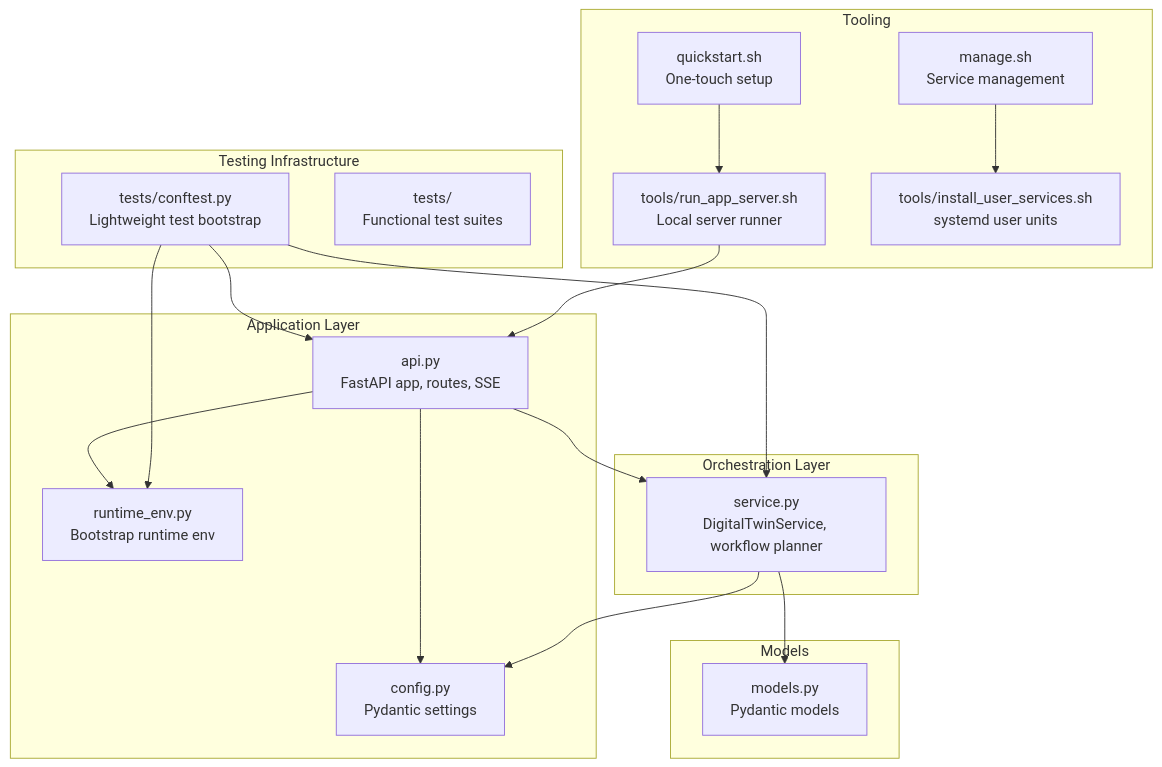
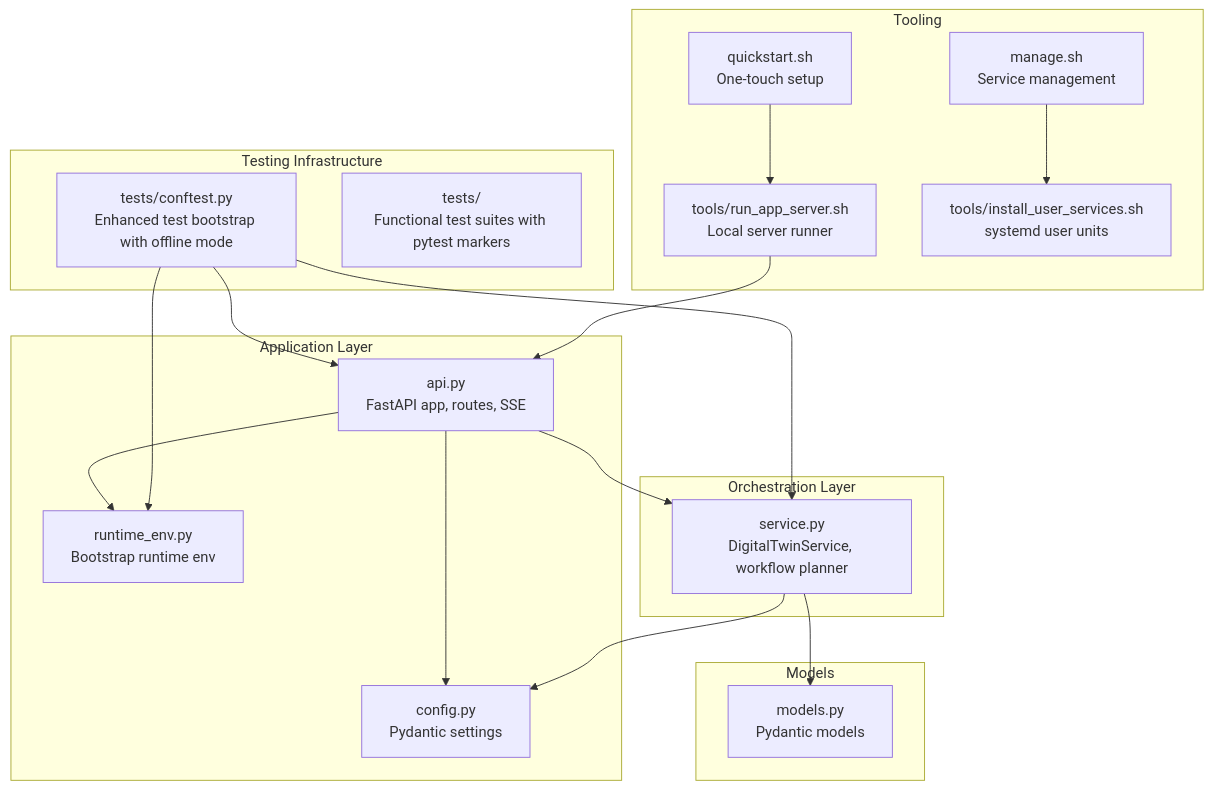
One commit to intellistream/sage-mate changed the first of 7 diagrams in .qoder/repowiki/en/content/Development Guide.md. Above: the diagram before and after it, drawn with Mermaid. The commit also changed other lines of this file and 53 other files, not shown here.

````diff
--- a/.qoder/repowiki/en/content/Development Guide.md
+++ b/.qoder/repowiki/en/content/Development Guide.md
@@ -58,35 +63,35 @@
 ```mermaid
 graph TB
 subgraph "Application Layer"
 API["api.py<br/>FastAPI app, routes, SSE"]
 CFG["config.py<br/>Pydantic settings"]
 RTENV["runtime_env.py<br/>Bootstrap runtime env"]
 end
 subgraph "Orchestration Layer"
 SVC["service.py<br/>DigitalTwinService, workflow planner"]
 end
 subgraph "Models"
 MODELS["models.py<br/>Pydantic models"]
 end
 subgraph "Testing Infrastructure"
-CONFTEST["tests/conftest.py<br/>Lightweight test bootstrap"]
-TESTS["tests/<br/>Functional test suites"]
+CONFTEST["tests/conftest.py<br/>Enhanced test bootstrap with offline mode"]
+TESTS["tests/<br/>Functional test suites with pytest markers"]
 end
 subgraph "Tooling"
 QS["quickstart.sh<br/>One-touch setup"]
 RUN["tools/run_app_server.sh<br/>Local server runner"]
 MAN["manage.sh<br/>Service management"]
 INST["tools/install_user_services.sh<br/>systemd user units"]
 end
 API --> SVC
 API --> CFG
 API --> RTENV
 SVC --> CFG
 SVC --> MODELS
 CONFTEST --> API
 CONFTEST --> SVC
 CONFTEST --> RTENV
 RUN --> API
 MAN --> INST
 QS --> RUN
 ```
````
